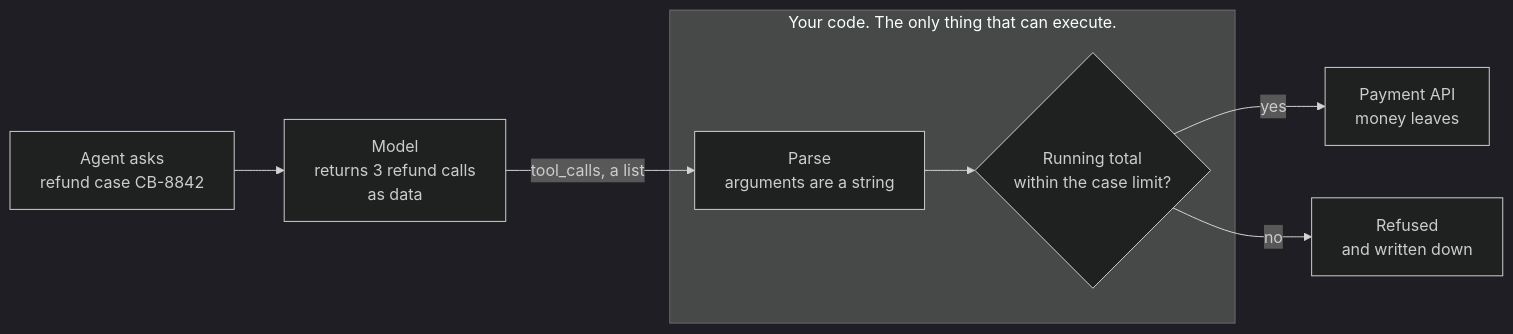
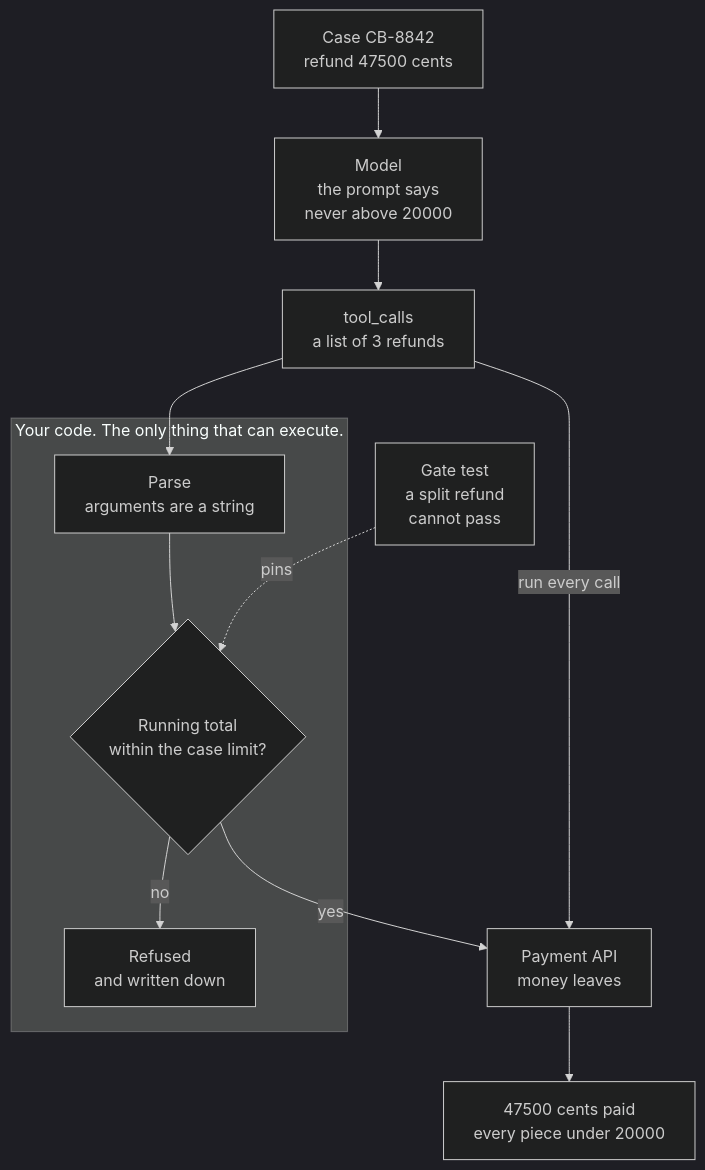
Before and after one commit to learnwithparam/ai-engineering-vaults: the diagram in 01-stateful-agent-runtime/diagrams/harness-and-model.mmd, drawn with Mermaid (dark theme). The commit also changed 79 other files, not shown here.

First line of the commit message:
Derive each fix in step frames, and gate the reading, piloted on vault 1

```diff
--- a/01-stateful-agent-runtime/diagrams/harness-and-model.mmd
+++ b/01-stateful-agent-runtime/diagrams/harness-and-model.mmd
@@ -1,18 +1,32 @@
-graph LR
-  U["Agent asks<br/>refund case CB-8842"]:::input
-  M["Model<br/>returns 3 refund calls<br/>as data"]:::model
+graph TD
+  U["Case CB-8842<br/>refund 47500 cents"]:::input
+  M["Model<br/>the prompt says<br/>never above 20000"]:::model
+  T["tool_calls<br/>a list of 3 refunds"]:::input
+  X["Payment API<br/>money leaves"]:::output
+  B["47500 cents paid<br/>every piece under 20000"]:::risk
   P["Parse<br/>arguments are a string"]:::decision
   G{"Running total<br/>within the case limit?"}:::decision
-  X["Payment API<br/>money leaves"]:::output
-  R["Refused<br/>and written down"]:::risk
+  R["Refused<br/>and written down"]:::store
+  Q["Gate test<br/>a split refund<br/>cannot pass"]:::decision
 
-  U --> M
-  M -->|"tool_calls, a list"| P
-  P --> G
+  U --> M --> T
+  T -->|"run every call"| X
+  X --> B
+  T --> P --> G
   G -->|"yes"| X
   G -->|"no"| R
+  Q -.->|"pins"| G
 
   subgraph HARNESS["Your code. The only thing that can execute."]
     P
     G
+    R
   end
+
+%% step 1: U M T X
+%% step 2: B
+%% step 3: M T
+%% step 4: P G HARNESS
+%% retire 4: T-X B
+%% step 5: R
+%% step 6: Q
```
